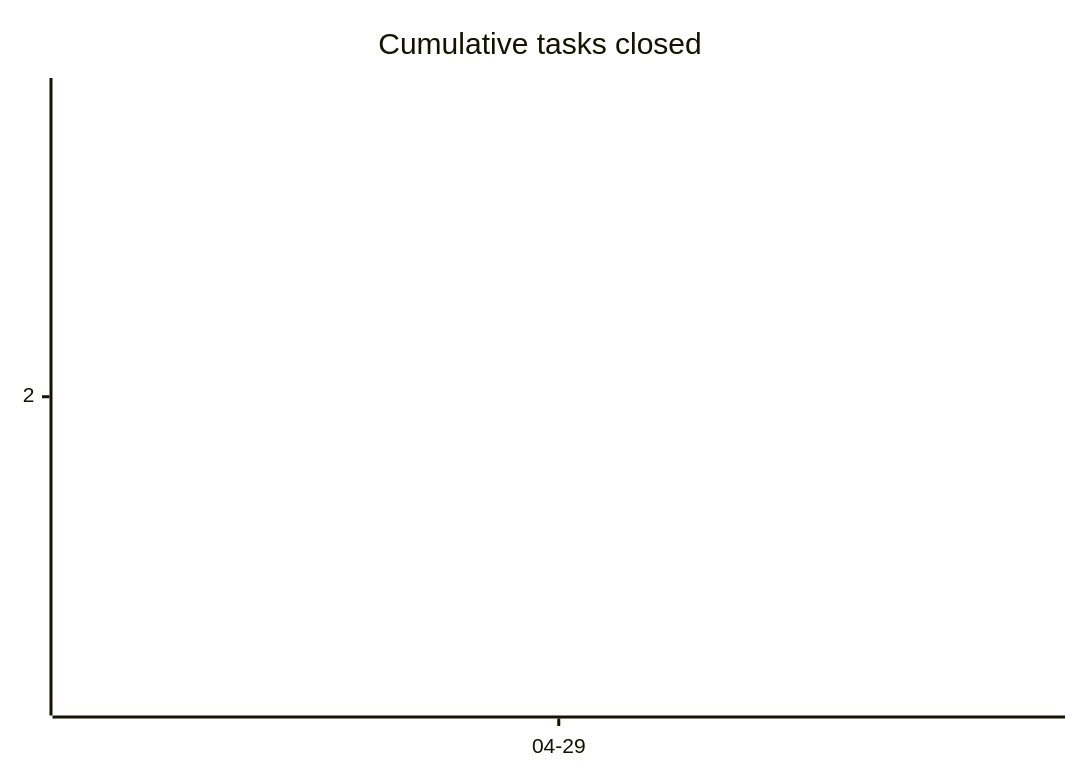
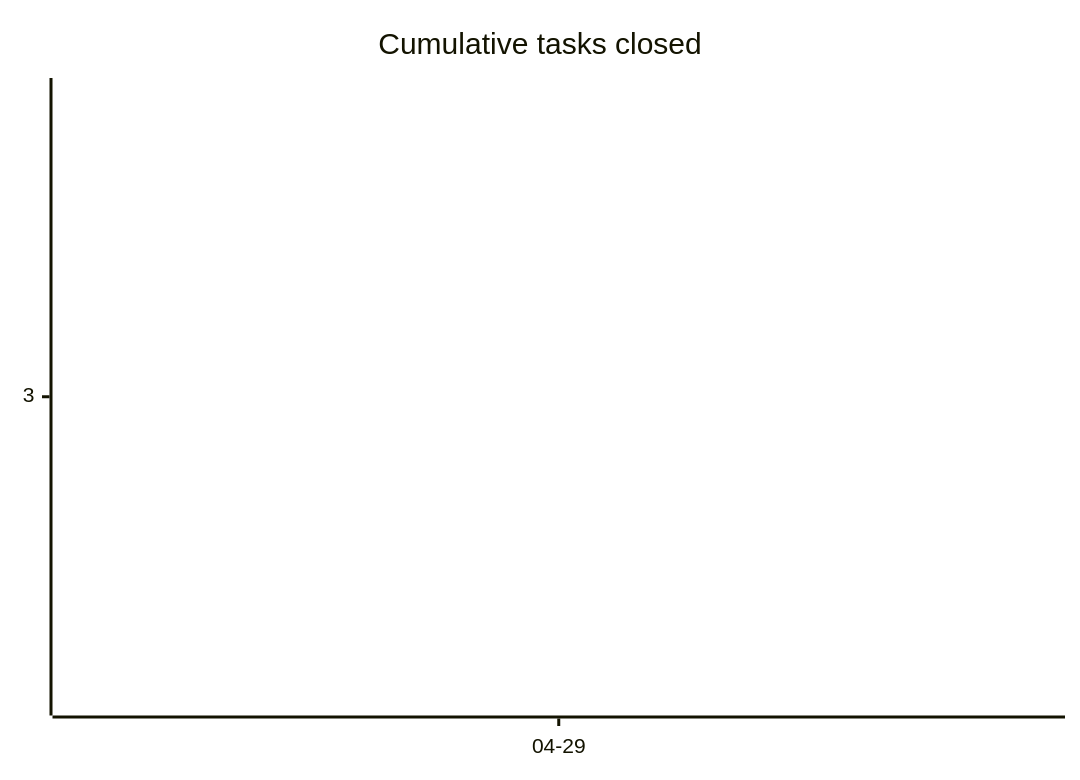
Before and after one commit to tgd1975/AwesomeStudioPedal: the first of 3 diagrams in docs/developers/tasks/OVERVIEW.md, drawn with Mermaid. The commit also changed other lines of this file and 23 other files, not shown here.

````diff
--- a/docs/developers/tasks/OVERVIEW.md
+++ b/docs/developers/tasks/OVERVIEW.md
@@ -20,6 +20,6 @@
 ```mermaid
 xychart-beta
     title "Cumulative tasks closed"
     x-axis ["04-29"]
-    line [2]
+    line [3]
 ```
````
